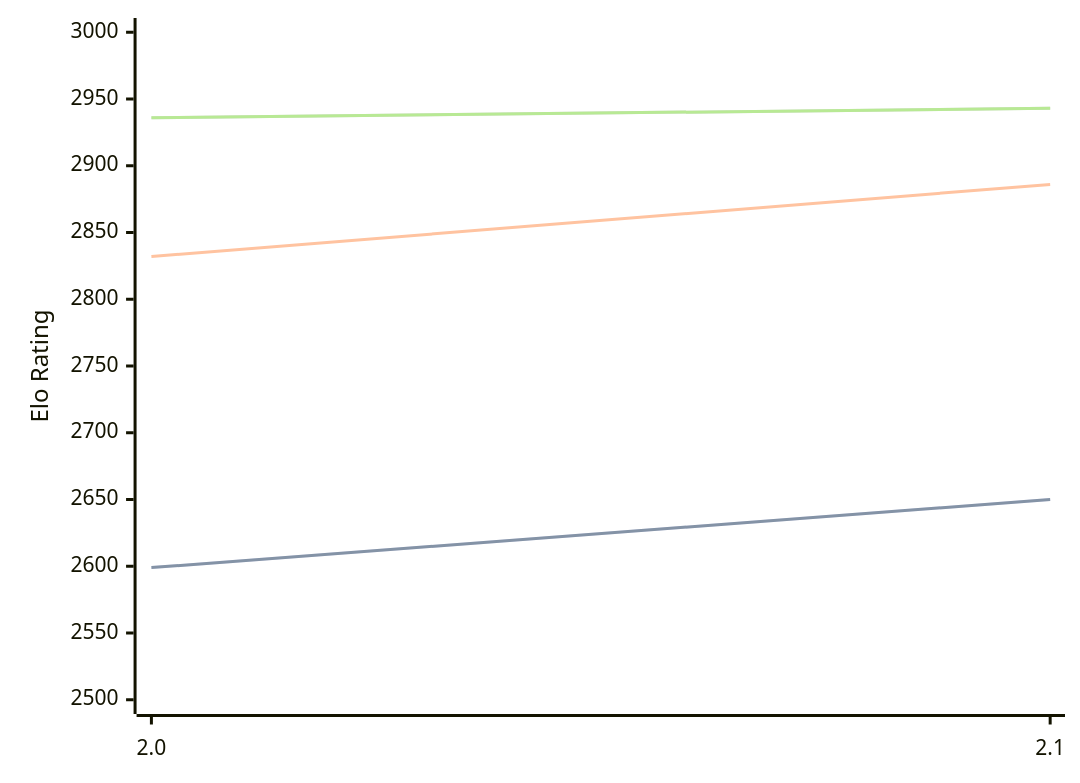
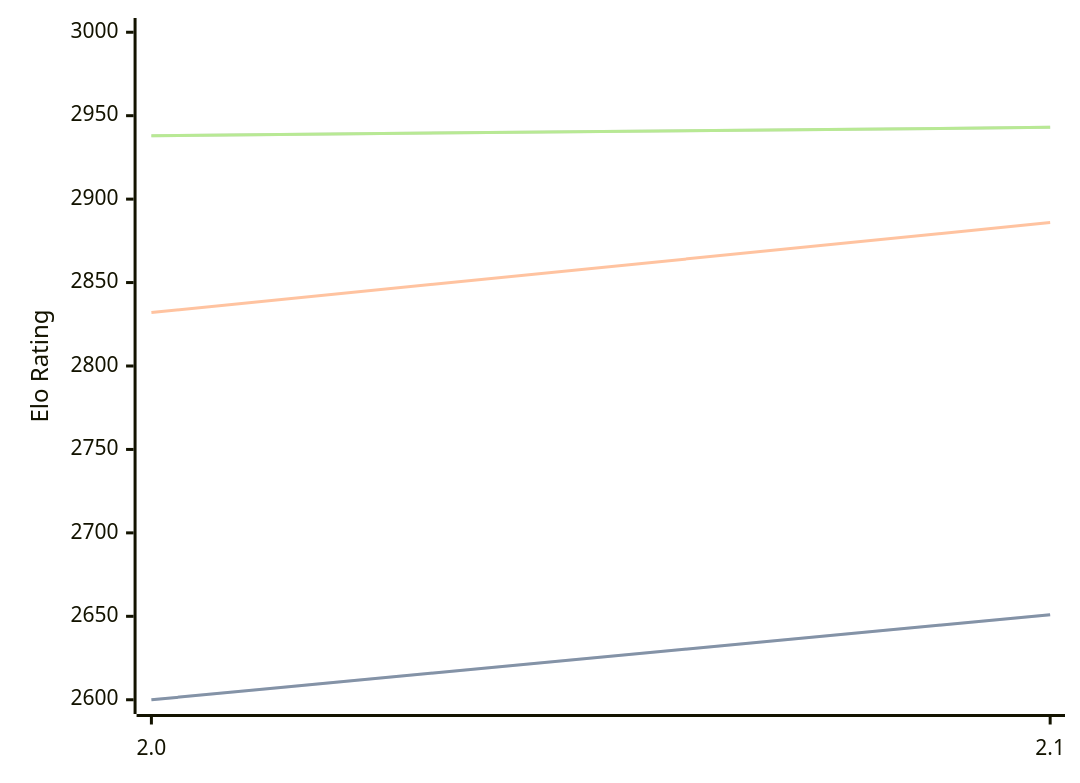
The diagram in engines/Noggin.md (computer-chess-index/cci), drawn with Mermaid before and after one commit. The commit also changed other lines of this file, not shown here.

Commit message:
Update CCI Ratings (ELO VLTC) - 2026-09-14

````diff
--- a/engines/Noggin.md
+++ b/engines/Noggin.md
@@ -33,11 +33,11 @@
 ```mermaid
 %%{init: {"theme":"base","themeVariables":{"seriesColors:['#a3a3a3','#222221','#faa371']}}}%%
 xychart-beta
   x-axis ["2.0", "2.1"]
-  y-axis "Elo Rating" 2500 --> 3000
-  line "" [2599, 2650]
-  line "STC (8.0+0.08s)" [2599, 2650]
+  y-axis "Elo Rating" 2600 --> 3000
+  line "" [2600, 2651]
+  line "STC (8.0+0.08s)" [2600, 2651]
   line "LTC (60.0+0.60s)" [2832, 2886]
-  line "" [2936, 2943]
-  line "VLTC (2m24s+1.12s)" [2936, 2943]
+  line "" [2938, 2943]
+  line "VLTC (2m24s+1.12s)" [2938, 2943]
 ```
````
